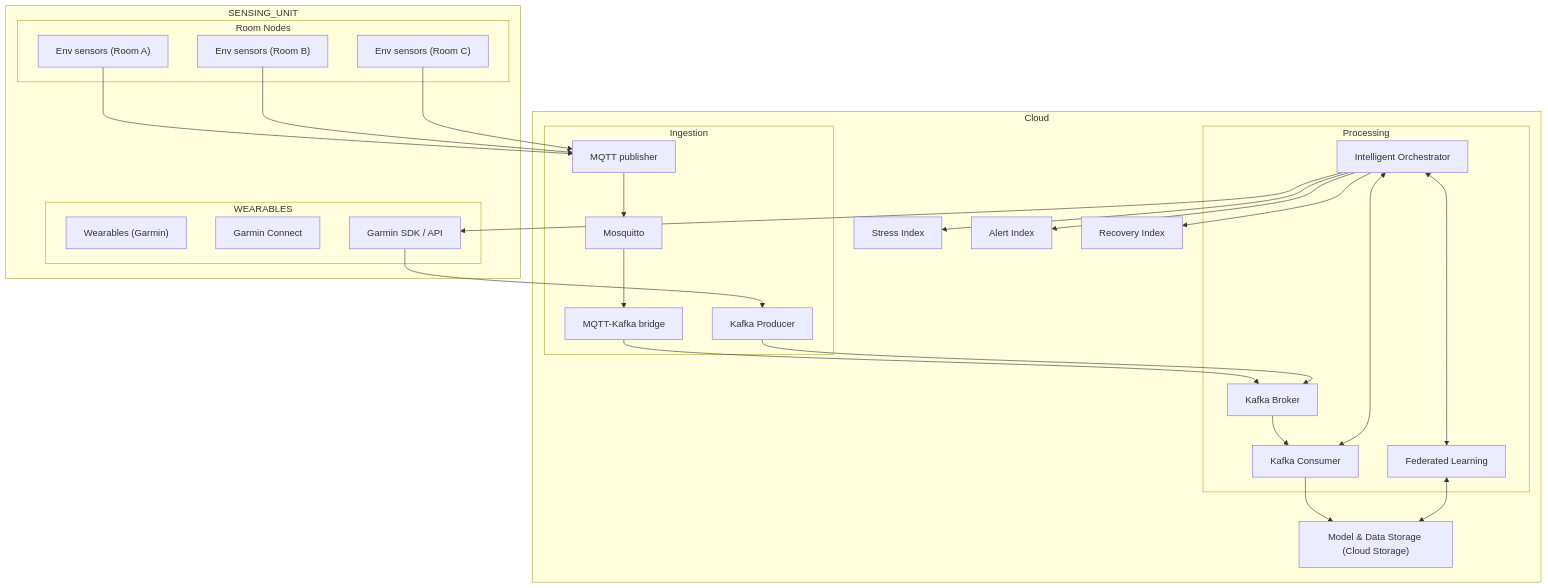
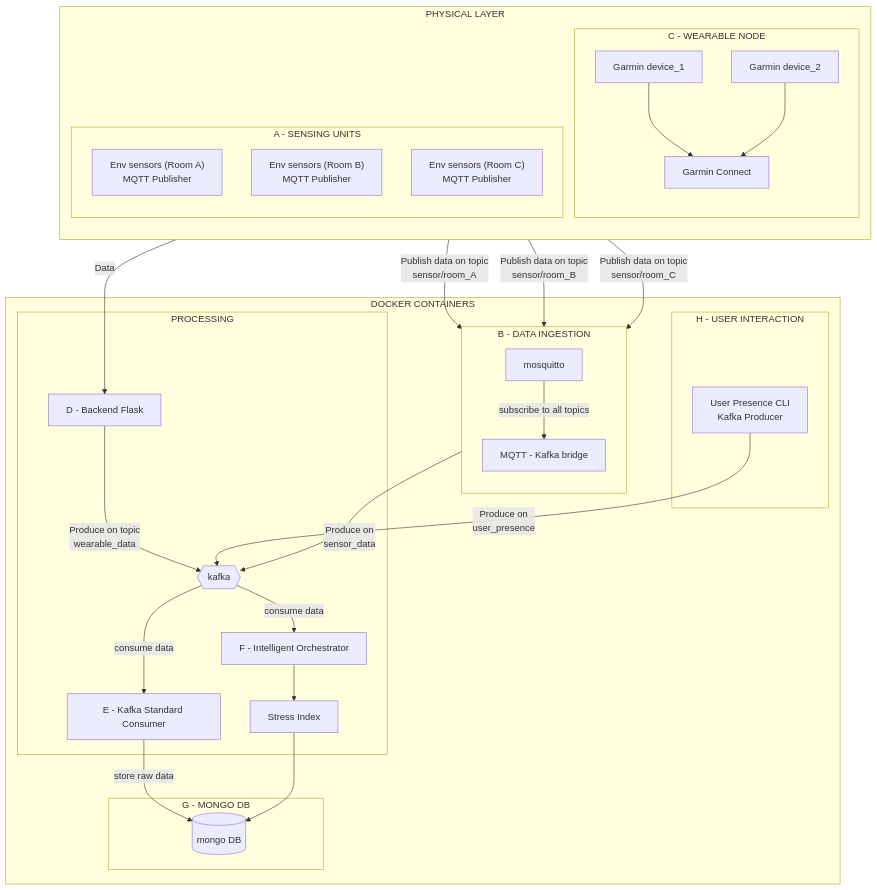
Before and after one commit to ClaudiaGalantino/eda-architecture: the diagram in docs/architecture.md, drawn with Mermaid. The commit also changed other lines of this file and 5 other files, not shown here.

Commit message:
Add requirements.txt for data analysis dependencies, update architecture documentation, and remove obsolete env.example file

````diff
--- a/docs/architecture.md
+++ b/docs/architecture.md
@@ -6,61 +3,88 @@
 ```mermaid
 flowchart TD
-  subgraph SENSING_UNIT
-    subgraph WEARABLES
-          W["Wearables (Garmin)"]
-          APP["Garmin Connect"]
-          SDK["Garmin SDK / API"]
-      end
-    subgraph ROOM_NODES [Room Nodes]
-        S_A["Env sensors (Room A)"]
-        S_B["Env sensors (Room B)"]
-        S_C["Env sensors (Room C)"]
+%% ============================================================
+%% PHYSICAL LAYER
+%% ============================================================
+subgraph PHYSICAL_LAYER [PHYSICAL LAYER]
+    direction TB
+    
+    subgraph C [C - WEARABLE NODE]
+        W1[Garmin device_1]
+        W2[Garmin device_2]
+        G_APP[Garmin Connect]
+        W1 & W2 --> G_APP
     end
-    
-  end
 
-  subgraph CLOUD [Cloud]
-    subgraph Ingestion
-		    M1["MQTT publisher"]
-        M["Mosquitto"]
-        M2[""MQTT-Kafka bridge]
-        PROD["Kafka Producer"]
+    subgraph A [A - SENSING UNITS]
+        S_A["Env sensors (Room A)
+        MQTT Publisher"]
+        S_B["Env sensors (Room B)
+        MQTT Publisher"]
+        S_C["Env sensors (Room C)
+        MQTT Publisher"]
     end
-    subgraph Processing
-		    
-        STREAM["Kafka Broker"]
-        CONSUMER["Kafka Consumer"]
-        ORCH["Intelligent Orchestrator"]
-        FL_COORD["Federated Learning"]
+end
+
+%% ============================================================
+%% DOCKER CONTAINERS
+%% ============================================================
+subgraph DOCKER [DOCKER CONTAINERS]
+
+    subgraph H [H - USER INTERACTION]
+        CLI["User Presence CLI
+        Kafka Producer"]
     end
-    STORE["Model & Data Storage (Cloud Storage)"]
-    IDX1["Stress Index"]
-    IDX2["Alert Index"]
-    IDX3["Recovery Index"]
-  end
 
-  %% =====================
-  %% CONNECTIONS
-  %% =====================
-  %% Room nodes push
-  S_A & S_B & S_C --> M1
-  M1-->M-->M2
-  M2 --> STREAM
+    subgraph PROCESSING [PROCESSING]
+        D[D - Backend Flask]
+        KAFKA{{"kafka"}}
+        E[E - Kafka Standard Consumer]
+        F[F - Intelligent Orchestrator]
+        STRESS[Stress Index]
+        
+        D -- "Produce on topic 
+        wearable_data" --> KAFKA
+        CLI -- "Produce on
+        user_presence" --> KAFKA
+        KAFKA -- "consume data" --> E
+        KAFKA -- "consume data" --> F
+        F --> STRESS
+    end
 
-  %% Orchestrator invokes wearable producer
-  PROD --> STREAM
-  ORCH --> SDK
-  SDK --> PROD
+    subgraph B [B - DATA INGESTION]
+        direction TB
+        MOSQ["mosquitto"]
+        BRIDGE["MQTT - Kafka bridge"]
+        
+        MOSQ -- "subscribe to all topics" --> BRIDGE
+    end
 
-  %% Consumer DB
-  STREAM --> CONSUMER
-  CONSUMER --> STORE
+    subgraph G [G - MONGO DB]
+        DB[(mongo DB)]
+    end
 
-  %% Orchestrator reads raw data from the DB to compute indices
-  ORCH <--> CONSUMER
-  ORCH --> IDX1 & IDX2 & IDX3
+end
 
-  %% Federated learning
-  FL_COORD <--> STORE 
-  ORCH <--> FL_COORD
+%% ============================================================
+%% CONNECTIONS & FLOWS
+%% ============================================================
+
+%% Wearable flow
+G_APP -- "Data" --> D
+
+%% Sensing units flow
+S_A -- "Publish data on topic 
+sensor/room_A" --> MOSQ
+S_B -- "Publish data on topic 
+sensor/room_B" --> MOSQ
+S_C -- "Publish data on topic 
+sensor/room_C" --> MOSQ
+
+%% Bridge to Kafka
+BRIDGE -- "Produce on 
+sensor_data" --> KAFKA
+
+%% Storage connections
+E --"store raw data"--> DB
+STRESS --> DB
 ```
````
